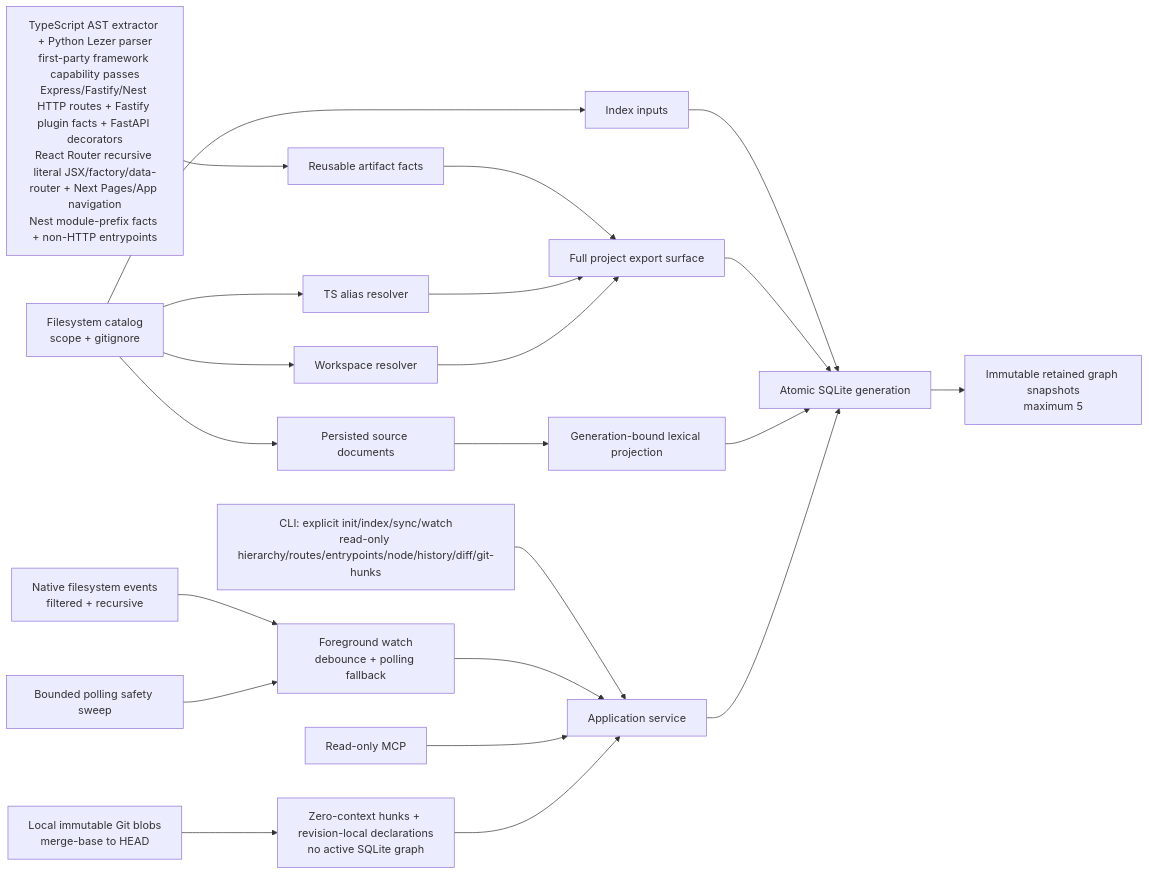
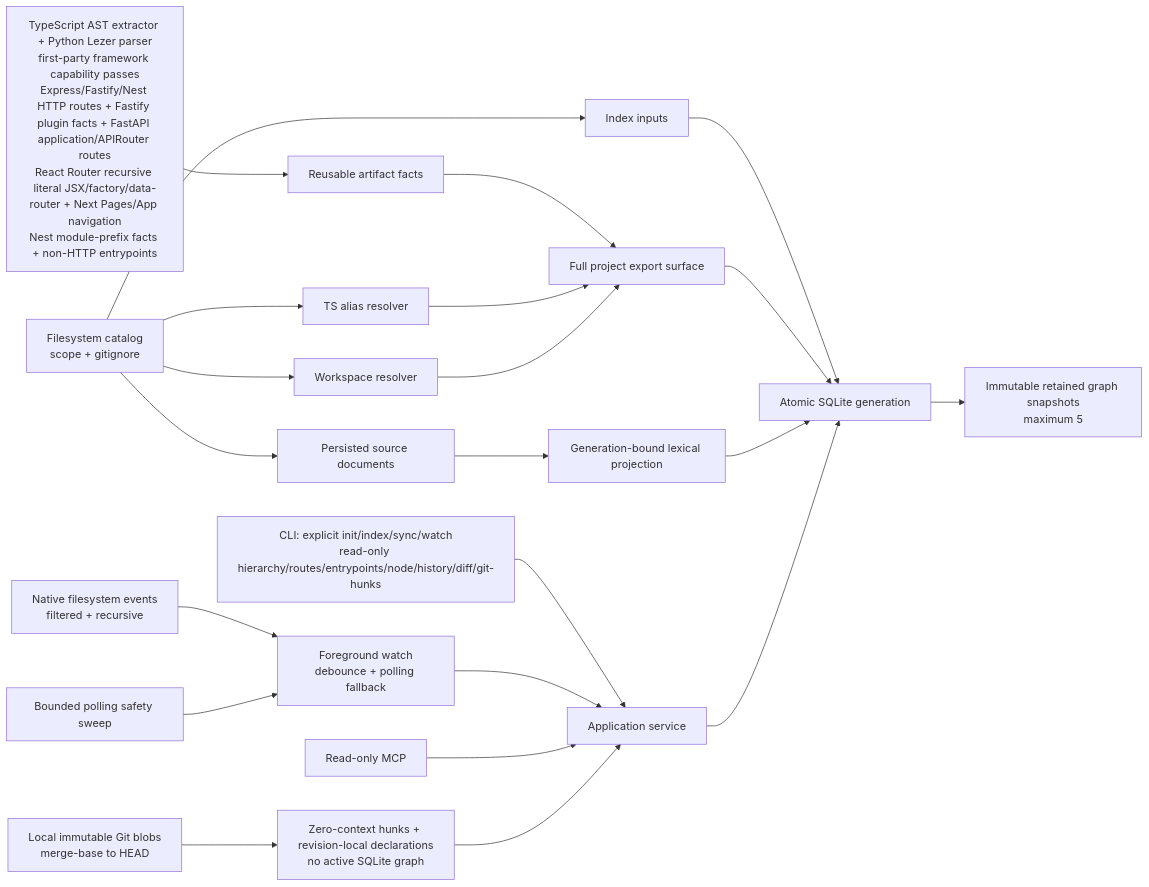
Before and after one commit to HsinPu/SymbolLattice: the diagram in README.md, drawn with Mermaid. The commit also changed other lines of this file and 11 other files, not shown here.

````diff
--- a/README.md
+++ b/README.md
@@ -922,23 +928,23 @@
 ```mermaid
 flowchart LR
   CLI["CLI: explicit init/index/sync/watch\nread-only hierarchy/routes/entrypoints/node/history/diff/git-hunks"] --> App["Application service"]
   Native["Native filesystem events\nfiltered + recursive"] --> Watch["Foreground watch\ndebounce + polling fallback"]
   Timer["Bounded polling safety sweep"] --> Watch
   Watch --> App
   MCP["Read-only MCP"] --> App
   Git["Local immutable Git blobs\nmerge-base to HEAD"] --> GitHunks["Zero-context hunks + revision-local declarations\nno active SQLite graph"] --> App
   Catalog["Filesystem catalog\nscope + gitignore"] --> Inputs["Index inputs"]
   Catalog --> TS["TS alias resolver"]
   Catalog --> WS["Workspace resolver"]
-  Extractor["TypeScript AST extractor + Python Lezer parser\nfirst-party framework capability passes\nExpress/Fastify/Nest HTTP routes + Fastify plugin facts + FastAPI decorators\nReact Router recursive literal JSX/factory/data-router + Next Pages/App navigation\nNest module-prefix facts + non-HTTP entrypoints"] --> Facts["Reusable artifact facts"]
+  Extractor["TypeScript AST extractor + Python Lezer parser\nfirst-party framework capability passes\nExpress/Fastify/Nest HTTP routes + Fastify plugin facts + FastAPI application/APIRouter routes\nReact Router recursive literal JSX/factory/data-router + Next Pages/App navigation\nNest module-prefix facts + non-HTTP entrypoints"] --> Facts["Reusable artifact facts"]
   Catalog --> SourceDocs["Persisted source documents"]
   SourceDocs --> Retrieval["Generation-bound lexical projection"]
   Facts --> Resolver["Full project export surface"]
   TS --> Resolver
   WS --> Resolver
   Inputs --> SQLite["Atomic SQLite generation"]
   Resolver --> SQLite
   Retrieval --> SQLite
   SQLite --> Retained["Immutable retained graph snapshots\nmaximum 5"]
   App --> SQLite
 ```
````
